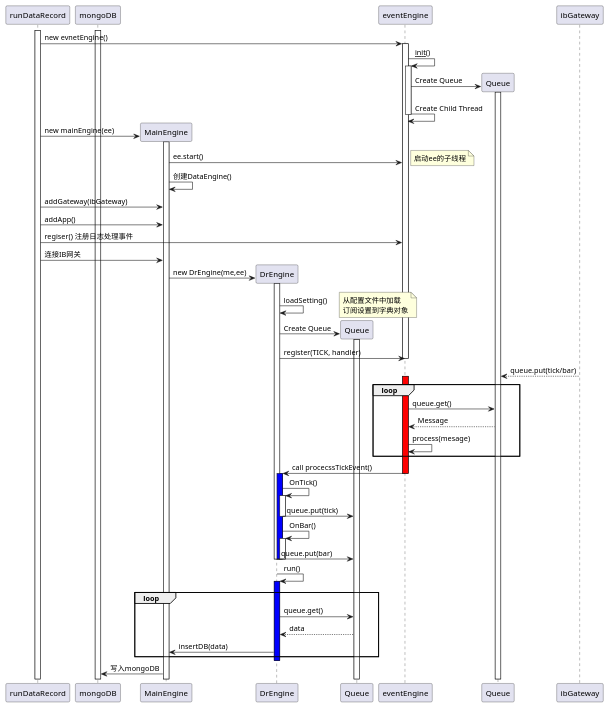
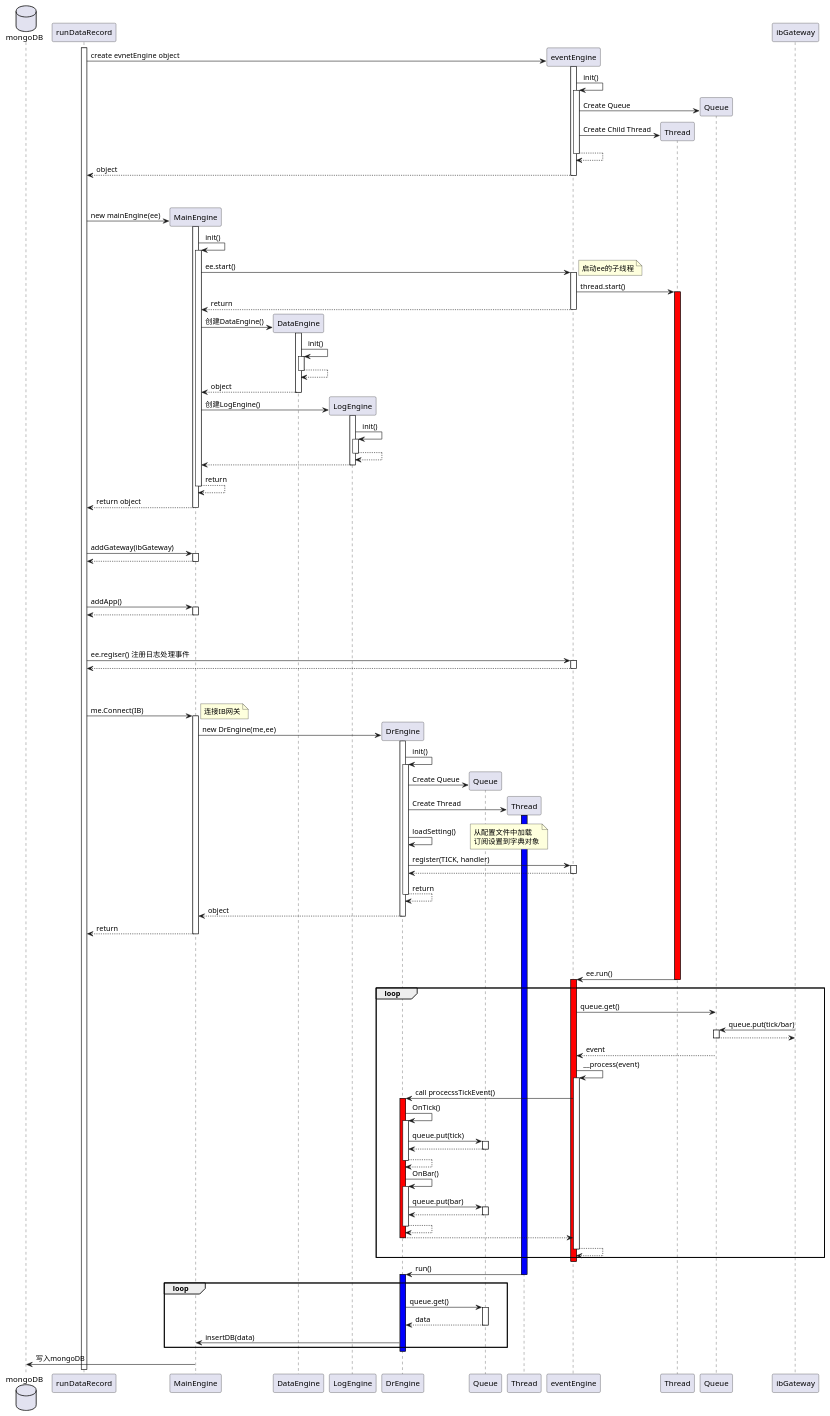
Before and after one commit to vnpy/vnpy: the diagram in UML/dataRecord.puml, drawn with PlantUML.

```diff
--- a/UML/dataRecord.puml
+++ b/UML/dataRecord.puml
@@ -1,88 +1,119 @@
 @startuml
+database mongoDB as db
 participant runDataRecord as run
-participant mongoDB as db
 participant MainEngine as me
+participant DataEngine as dt
+participant LogEngine as le
 participant DrEngine as dr
 participant Queue as drq
+participant Thread as drt
 participant eventEngine as ee
+participant Thread as eet
 participant Queue as eeq
 participant ibGateway as gw
 
-activate db
+
 activate run
-'create ee
-run->ee: new evnetEngine()
-activate ee
+    run->ee ** :create evnetEngine object
+        activate ee
+        ee->ee ++ : init()
+            ee->eeq ** : Create Queue
+            ee->eet ** : Create Child Thread
+            return
+        return object
+|||
+|||
+    run->me ** : new mainEngine(ee)
+        activate me
+        me->me ++ : init()
+            me->ee ++ : ee.start()
+            note right: 启动ee的子线程
+                ee->eet ++ #red : thread.start()
+                ee-->me--: return
+            me->dt ** :创建DataEngine()
+                activate dt
+                dt->dt ++ : init()
+                    return
+                return object
+            me->le ** :创建LogEngine()
+                activate le
+                le->le ++ : init()
+                    return
+                return
+            me-->me--:return
+        me-->run--:return object
+|||
+|||
+    run->me: addGateway(ibGateway)
+        activate me
+        return
+|||
+|||
+    run->me: addApp()
+    activate me
+    return
+|||
+|||
+    run->ee: ee.regiser() 注册日志处理事件
+    activate ee
+    return
+|||
+|||
+    run->me++: me.Connect(IB)
+        note right: 连接IB网关
+        me->dr**: new DrEngine(me,ee)
+            activate dr
+            dr->dr++:init()
+                dr->drq **:Create Queue
+                dr->drt **:Create Thread
+                    activate drt #blue
+                dr->dr:loadSetting()
+                    note right
+                    从配置文件中加载
+                    订阅设置到字典对象
+                    end note
+                dr->ee++:register(TICK, handler)
+                    return
+                dr-->dr -- : return
+            'return object
+            dr-->me--: object
+        run<--me--:return
+
+|||
+|||
+    eet->ee--: ee.run()
+        activate ee #red
+        loop
+            ee->eeq:queue.get()
+            gw->eeq ++: queue.put(tick/bar)
+                return
+            eeq-->ee: event
+            ee->ee ++ : __process(event)
+                ee->dr ++ #red :call procecssTickEvent()
+                    dr->dr ++ :OnTick()
+                        dr->drq ++: queue.put(tick)
+                            return
+                        return
+
+                    dr->dr ++ :OnBar()
+                        dr->drq ++: queue.put(bar)
+                            return
+                        return
+                    return
+                return
+        end loop
+        deactivate ee
 
 
-ee->ee: __init__()
-activate ee
-create eeq
-ee->eeq: Create Queue
-activate eeq
-ee->ee: Create Child Thread
-deactivate ee
+    drt->dr -- :run()
+        activate dr #blue
+        loop
+            dr->drq ++ :queue.get()
+            drq-->dr --:data
+            dr->me:insertDB(data)
+        end loop
+        deactivate dr
 
-
-create me
-run->me: new mainEngine(ee)
-activate me
-me->ee: ee.start()
-note right
-启动ee的子线程
-end note
-me->me:创建DataEngine()
-
-
-run->me: addGateway(ibGateway)
-run->me: addApp()
-run->ee: regiser() 注册日志处理事件
-run->me: 连接IB网关
-create dr
-me->dr: new DrEngine(me,ee)
-
-activate dr
-
-dr->dr:loadSetting()
-note right
-从配置文件中加载
-订阅设置到字典对象
-end note
-create drq
-dr->drq:Create Queue
-activate drq
-dr->ee:register(TICK, handler)
-deactivate ee
-gw-->eeq: queue.put(tick/bar)
-activate ee #red
-loop
-ee->eeq:queue.get()
-eeq-->ee: Message
-ee->ee: process(mesage)
-end
-ee->dr:call procecssTickEvent()
-deactivate ee
-activate dr #blue
-dr->dr:OnTick()
-activate dr
-dr->drq: queue.put(tick)
-deactivate dr
-dr->dr:OnBar()
-activate dr
-dr->drq: queue.put(bar)
-deactivate dr
-deactivate dr
-deactivate dr
-
-dr->dr:run()
-activate dr #blue
-loop
-dr->drq:queue.get()
-drq-->dr:data
-dr->me:insertDB(data)
-end
-deactivate dr
-
-me->db: 写入mongoDB
+    me->db: 写入mongoDB
 
 @enduml
```
